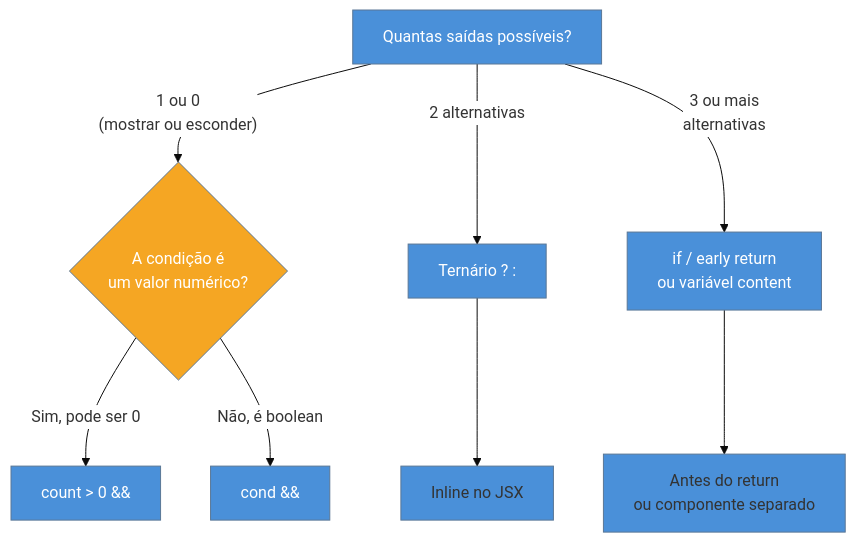
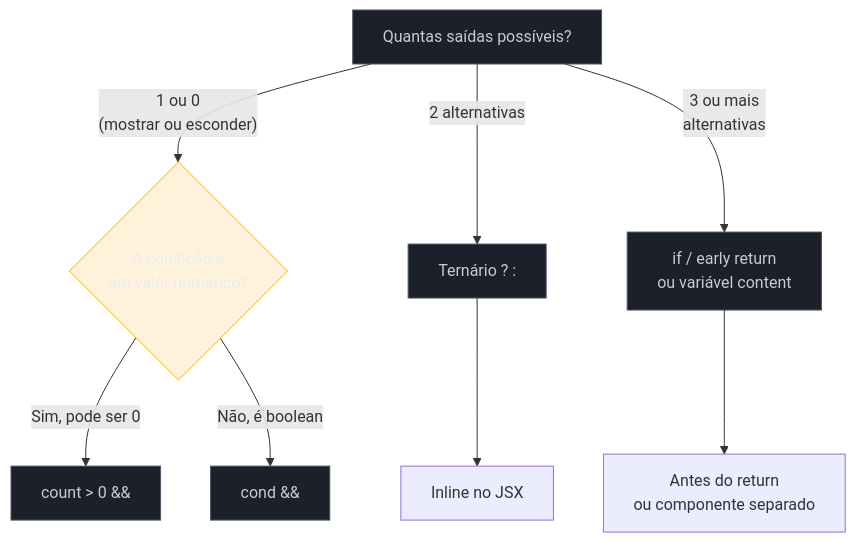
Before and after one commit to josenaldo/codex-technomanticus: the first of 2 diagrams in 03-Dominios/Tecnologia/React/React core/08 - Renderização condicional e composição.md, drawn with Mermaid. The commit also changed other lines of this file and 1181 other files, not shown here.

First line of the commit message:
fix(diagramas): paleta do sistema no lugar de cor cravada no markdown

````diff
--- a/03-Dominios/Tecnologia/React/React core/08 - Renderização condicional e composição.md
+++ b/03-Dominios/Tecnologia/React/React core/08 - Renderização condicional e composição.md
@@ -187,20 +187,21 @@
 ```mermaid
-%%{init: {"theme": "base", "themeVariables": {"primaryColor": "#4A90D9", "edgeLabelBackground": "#ffffff"}}}%%
 flowchart TD
+    classDef neutro fill:#1B2029,stroke:#4E5666,color:#C6CCD8
+    classDef destaque fill:#FFAA0024,stroke:#FFAA00,color:#E9ECF2
     A[Quantas saídas possíveis?] -->|"1 ou 0\n(mostrar ou esconder)"| B{"A condição é\num valor numérico?"}
     A -->|"2 alternativas"| C[Ternário ? :]
     A -->|"3 ou mais\nalternativas"| D[if / early return\nou variável content]
 
     B -->|Sim, pode ser 0| E["count > 0 && <Comp />"]
     B -->|Não, é boolean| F["cond && <Comp />"]
 
     C --> G[Inline no JSX]
     D --> H[Antes do return\nou componente separado]
 
-    style A fill:#4A90D9,color:#fff
-    style B fill:#F5A623,color:#fff
-    style E fill:#4A90D9,color:#fff
-    style F fill:#4A90D9,color:#fff
-    style C fill:#4A90D9,color:#fff
-    style D fill:#4A90D9,color:#fff
+    class A neutro
+    class B destaque
+    class E neutro
+    class F neutro
+    class C neutro
+    class D neutro
 ```
````
